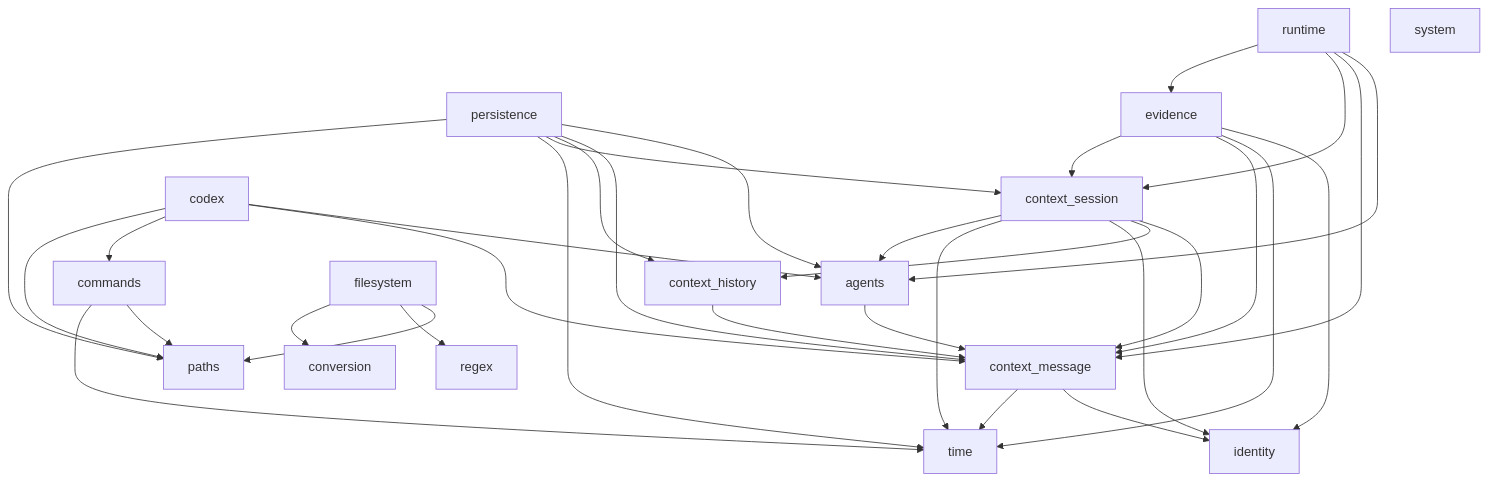
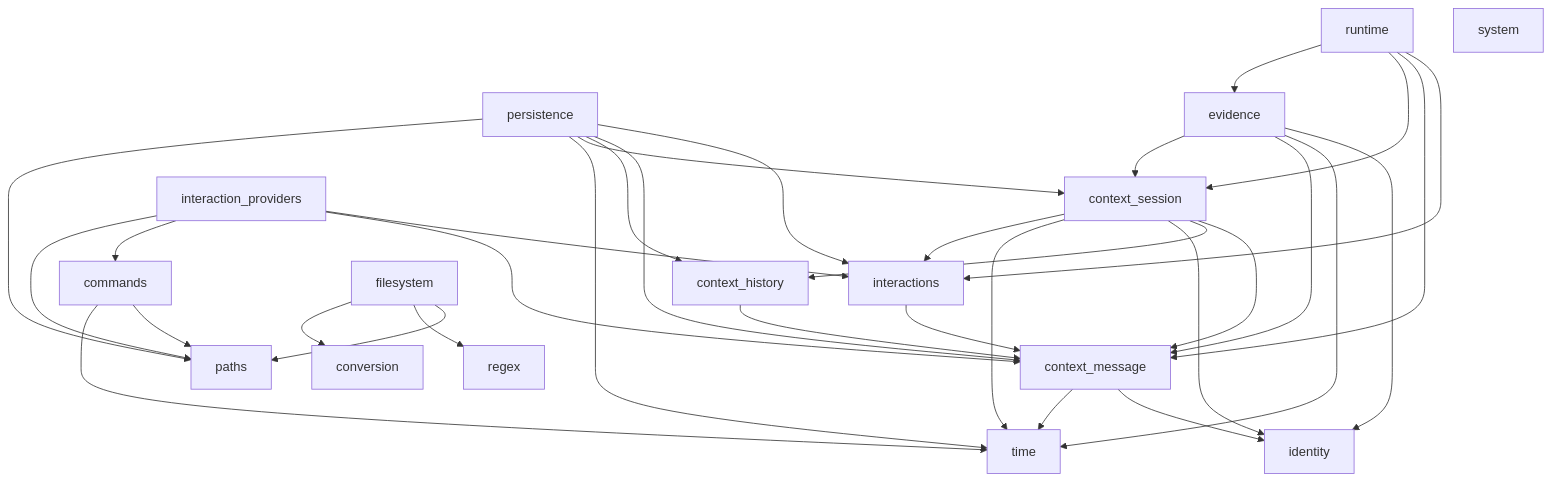
Before and after one commit to asmith662/devtools: the diagram in docs/architecture.md, drawn with Mermaid. The commit also changed other lines of this file and 100 other files, not shown here.

Commit message:
Establish Interaction boundary and reorganize providers

````diff
--- a/docs/architecture.md
+++ b/docs/architecture.md
@@ -54,45 +61,45 @@
 ```mermaid
 graph TD
     context_message --> identity
     context_message --> time
     context_history --> context_message
     context_session --> context_message
     context_session --> context_history
     context_session --> identity
     context_session --> time
-    context_session --> agents
+    context_session --> interactions
 
     commands --> paths
     commands --> time
 
     filesystem --> paths
     filesystem --> regex
     filesystem --> conversion
 
-    agents --> context_message
-    runtime --> agents
+    interactions --> context_message
+    runtime --> interactions
     runtime --> context_message
     runtime --> context_session
 
-    persistence --> agents
+    persistence --> interactions
     persistence --> context_message
     persistence --> context_history
     persistence --> context_session
     persistence --> time
     persistence --> paths
 
     evidence --> identity
     evidence --> time
     evidence --> context_message
     evidence --> context_session
 
     runtime --> evidence
 
-    codex --> agents
-    codex --> context_message
-    codex --> commands
-    codex --> paths
+    interaction_providers --> interactions
+    interaction_providers --> context_message
+    interaction_providers --> commands
+    interaction_providers --> paths
 
     identity
     system
 ```
````
